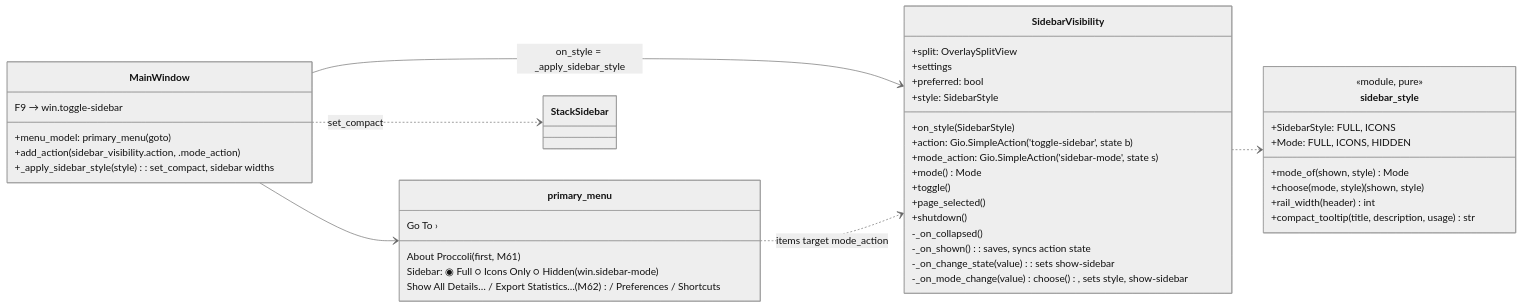
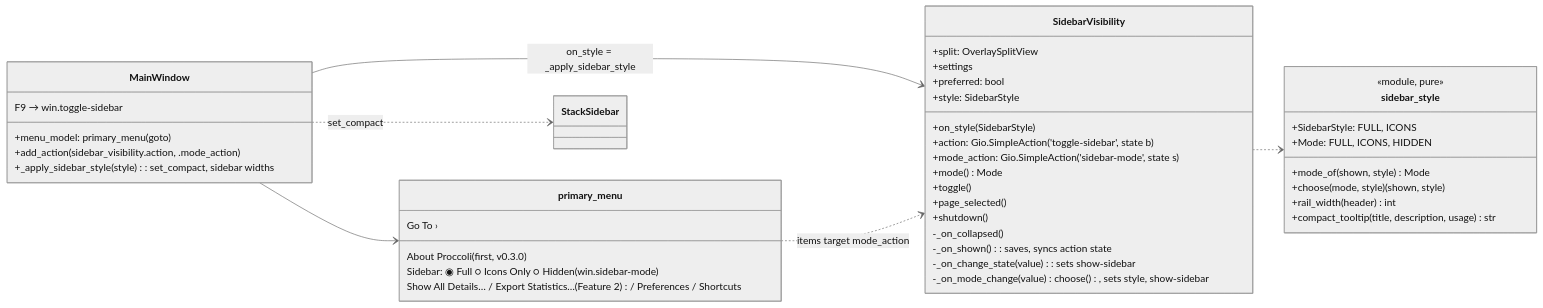
One commit to mamadingleberry/proccoli changed the second of 5 diagrams in docs/design/09.2-window-behaviour.md. Above: the diagram before and after it, drawn with Mermaid (neutral theme). The commit also changed other lines of this file and 417 other files, not shown here.

````diff
--- a/docs/design/09.2-window-behaviour.md
+++ b/docs/design/09.2-window-behaviour.md
@@ -78,47 +75,47 @@
 ```mermaid
 classDiagram
     direction LR
     class SidebarVisibility {
         +split: OverlaySplitView
         +settings
         +on_style(SidebarStyle)
         +action: Gio.SimpleAction ('toggle-sidebar', state b)
         +mode_action: Gio.SimpleAction ('sidebar-mode', state s)
         +preferred: bool
         +style: SidebarStyle
         +mode() Mode
         +toggle()
         +page_selected()
         +shutdown()
         -_on_collapsed()
         -_on_shown() : saves, syncs action state
         -_on_change_state(value) : sets show-sidebar
         -_on_mode_change(value) : choose(), sets style, show-sidebar
     }
     class sidebar_style {
         <<module, pure>>
         +SidebarStyle: FULL, ICONS
         +Mode: FULL, ICONS, HIDDEN
         +mode_of(shown, style) Mode
         +choose(mode, style) (shown, style)
         +rail_width(header) int
         +compact_tooltip(title, description, usage) str
     }
     class MainWindow {
         +menu_model: primary_menu(goto)
         +add_action(sidebar_visibility.action, .mode_action)
         +_apply_sidebar_style(style) : set_compact, sidebar widths
         F9 → win.toggle-sidebar
     }
     class primary_menu {
-        About Proccoli (first, M61)
+        About Proccoli (first, v0.3.0)
         Go To ›
         Sidebar: ◉ Full ○ Icons Only ○ Hidden (win.sidebar-mode)
-        Show All Details… / Export Statistics… (M62) / Preferences / Shortcuts
+        Show All Details… / Export Statistics… (Feature 2) / Preferences / Shortcuts
     }
     MainWindow --> SidebarVisibility : on_style = _apply_sidebar_style
     MainWindow --> primary_menu
     primary_menu ..> SidebarVisibility : items target mode_action
     SidebarVisibility ..> sidebar_style
     MainWindow ..> StackSidebar : set_compact
 ```
````
